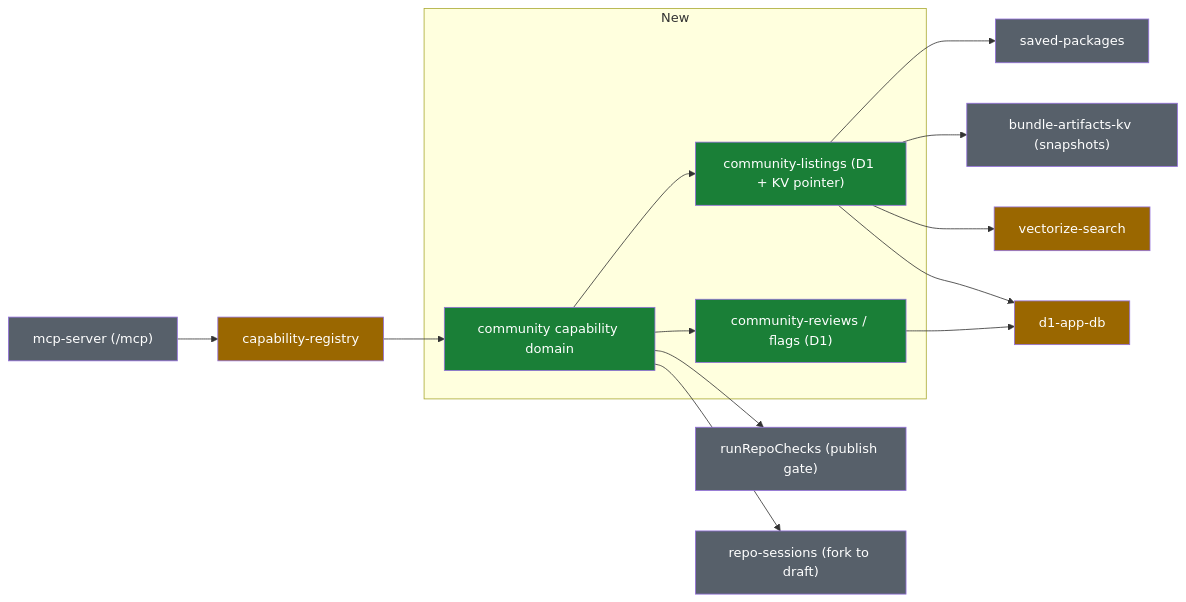
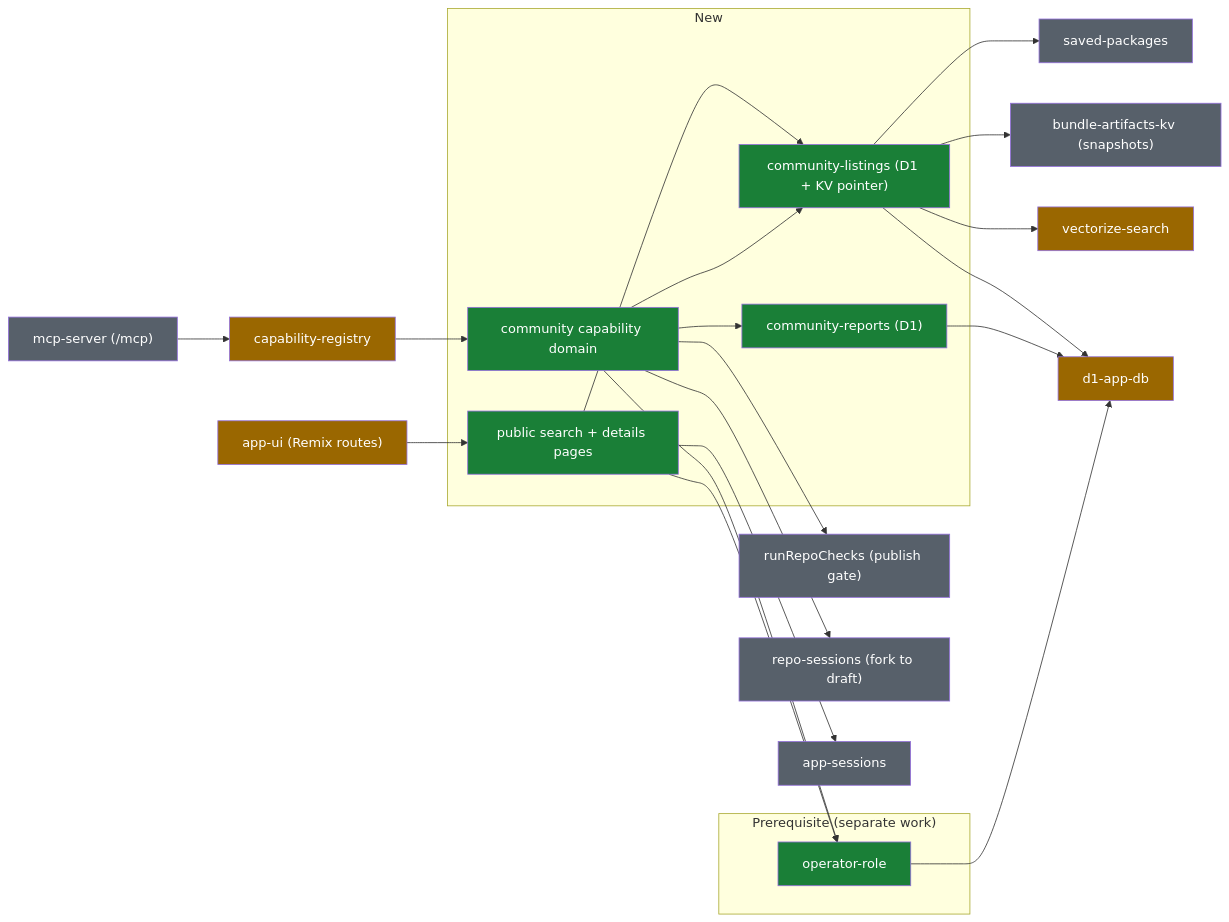
Before and after one commit to kentcdodds/kody: the fourth of 4 diagrams in docs/contributing/architecture/community-package-registry.md, drawn with Mermaid. The commit also changed other lines of this file and 1 other file, not shown here.

Commit message:
docs: rework registry design for single-user operator model and review-on-fork

````diff
--- a/docs/contributing/architecture/community-package-registry.md
+++ b/docs/contributing/architecture/community-package-registry.md
@@ -297,31 +338,43 @@
 ```mermaid
 flowchart LR
+	subgraph prereq["Prerequisite (separate work)"]
+		operatorRole["operator-role"]:::added
+	end
 	subgraph new["New"]
 		communityListings["community-listings (D1 + KV pointer)"]:::added
-		reviewLedger["community-reviews / flags (D1)"]:::added
+		reports["community-reports (D1)"]:::added
 		communityDomain["community capability domain"]:::added
+		publicPages["public search + details pages"]:::added
 	end
 	savedPackages["saved-packages"]:::untouched
 	bundleKv["bundle-artifacts-kv (snapshots)"]:::untouched
 	repoChecks["runRepoChecks (publish gate)"]:::untouched
 	repoSessions["repo-sessions (fork to draft)"]:::untouched
 	vectorize["vectorize-search"]:::extended
 	registry["capability-registry"]:::extended
+	appUi["app-ui (Remix routes)"]:::extended
+	appSessions["app-sessions"]:::untouched
 	mcpServer["mcp-server (/mcp)"]:::untouched
 	d1["d1-app-db"]:::extended
 
 	mcpServer --> registry --> communityDomain
+	appUi --> publicPages
+	publicPages --> communityListings
+	publicPages --> appSessions
 	communityDomain --> communityListings
-	communityDomain --> reviewLedger
+	communityDomain --> reports
+	communityDomain --> operatorRole
+	publicPages --> operatorRole
 	communityListings --> savedPackages
 	communityListings --> bundleKv
 	communityDomain --> repoChecks
 	communityDomain --> repoSessions
 	communityListings --> vectorize
 	communityListings --> d1
-	reviewLedger --> d1
+	reports --> d1
+	operatorRole --> d1
 
 	classDef added fill:#1a7f37,color:#fff
 	classDef extended fill:#9a6700,color:#fff
 	classDef untouched fill:#57606a,color:#fff
 ```
````
